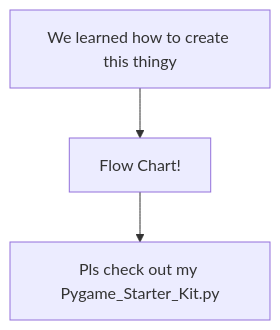
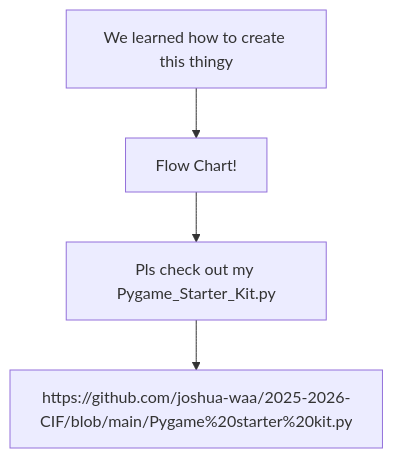
The diagram in README.md (joshua-waa/2025-2026-CIF), drawn with Mermaid before and after one commit.

````diff
--- a/README.md
+++ b/README.md
@@ -3,7 +3,8 @@
 ```mermaid
 flowchart TD
   St[We learned how to create this thingy]-->A
   A[Flow Chart!]-->B
-  B[Pls check out my Pygame_Starter_Kit.py]
+  B[Pls check out my Pygame_Starter_Kit.py]-->C
+  C[https://github.com/joshua-waa/2025-2026-CIF/blob/main/Pygame%20starter%20kit.py]
 
 ``` 
````
